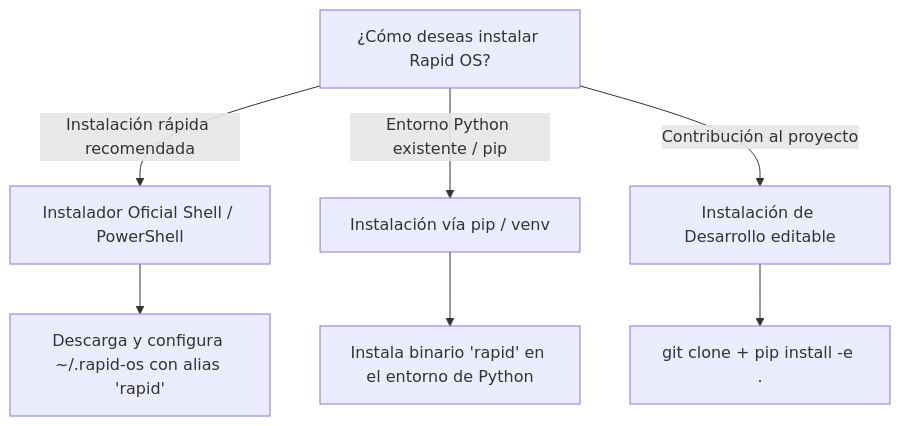
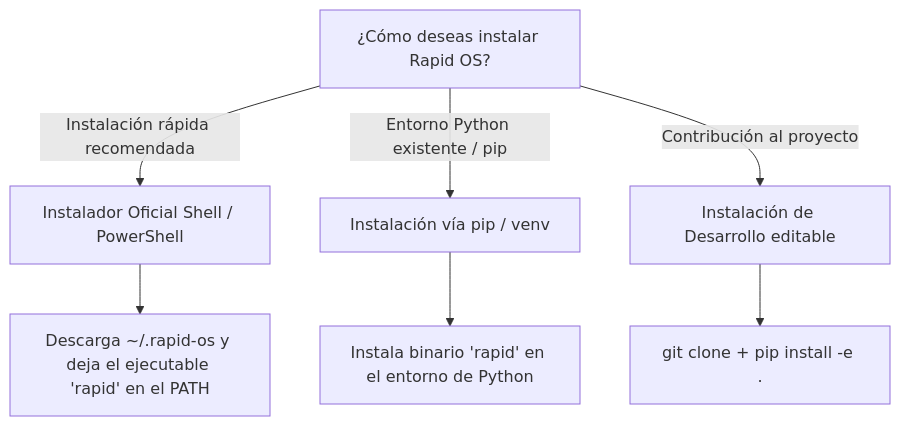
Before and after one commit to alyconr/Rapid-OS: the diagram in docs/installation/index.md, drawn with Mermaid. The commit also changed other lines of this file and 21 other files, not shown here.

First line of the commit message:
fix(install): put a real rapid executable on PATH (3.1.1)

````diff
--- a/docs/installation/index.md
+++ b/docs/installation/index.md
@@ -16,10 +16,10 @@
 ```mermaid
 flowchart TD
     A[¿Cómo deseas instalar Rapid OS?] -->|Instalación rápida recomendada| B[Instalador Oficial Shell / PowerShell]
     A -->|Entorno Python existente / pip| C[Instalación vía pip / venv]
     A -->|Contribución al proyecto| D[Instalación de Desarrollo editable]
 
-    B --> E[Descarga y configura ~/.rapid-os con alias 'rapid']
+    B --> E[Descarga ~/.rapid-os y deja el ejecutable 'rapid' en el PATH]
     C --> F[Instala binario 'rapid' en el entorno de Python]
     D --> G[git clone + pip install -e .]
 ```
````
